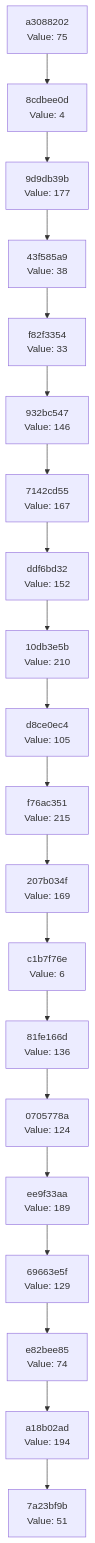
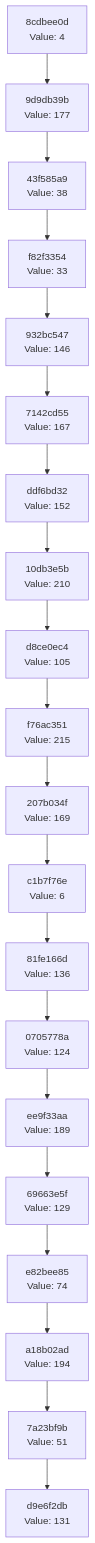
One commit to Abhisheksinha1506/hash-chain-evolver changed the diagram in docs/CHAIN_VISUALIZATION.md. Above: the diagram before and after it, drawn with Mermaid. The commit also changed 2 other files, not shown here.

Commit message:
Evolution Step

````diff
--- a/docs/CHAIN_VISUALIZATION.md
+++ b/docs/CHAIN_VISUALIZATION.md
@@ -3,42 +3,42 @@
 ```mermaid
 graph TD
-    C0["7a23bf9b<br/>Value: 51"]
-    C1["a18b02ad<br/>Value: 194"]
+    C0["d9e6f2db<br/>Value: 131"]
+    C1["7a23bf9b<br/>Value: 51"]
     C1 --> C0
-    C2["e82bee85<br/>Value: 74"]
+    C2["a18b02ad<br/>Value: 194"]
     C2 --> C1
-    C3["69663e5f<br/>Value: 129"]
+    C3["e82bee85<br/>Value: 74"]
     C3 --> C2
-    C4["ee9f33aa<br/>Value: 189"]
+    C4["69663e5f<br/>Value: 129"]
     C4 --> C3
-    C5["0705778a<br/>Value: 124"]
+    C5["ee9f33aa<br/>Value: 189"]
     C5 --> C4
-    C6["81fe166d<br/>Value: 136"]
+    C6["0705778a<br/>Value: 124"]
     C6 --> C5
-    C7["c1b7f76e<br/>Value: 6"]
+    C7["81fe166d<br/>Value: 136"]
     C7 --> C6
-    C8["207b034f<br/>Value: 169"]
+    C8["c1b7f76e<br/>Value: 6"]
     C8 --> C7
-    C9["f76ac351<br/>Value: 215"]
+    C9["207b034f<br/>Value: 169"]
     C9 --> C8
-    C10["d8ce0ec4<br/>Value: 105"]
+    C10["f76ac351<br/>Value: 215"]
     C10 --> C9
-    C11["10db3e5b<br/>Value: 210"]
+    C11["d8ce0ec4<br/>Value: 105"]
     C11 --> C10
-    C12["ddf6bd32<br/>Value: 152"]
+    C12["10db3e5b<br/>Value: 210"]
     C12 --> C11
-    C13["7142cd55<br/>Value: 167"]
+    C13["ddf6bd32<br/>Value: 152"]
     C13 --> C12
-    C14["932bc547<br/>Value: 146"]
+    C14["7142cd55<br/>Value: 167"]
     C14 --> C13
-    C15["f82f3354<br/>Value: 33"]
+    C15["932bc547<br/>Value: 146"]
     C15 --> C14
-    C16["43f585a9<br/>Value: 38"]
+    C16["f82f3354<br/>Value: 33"]
     C16 --> C15
-    C17["9d9db39b<br/>Value: 177"]
+    C17["43f585a9<br/>Value: 38"]
     C17 --> C16
-    C18["8cdbee0d<br/>Value: 4"]
+    C18["9d9db39b<br/>Value: 177"]
     C18 --> C17
-    C19["a3088202<br/>Value: 75"]
+    C19["8cdbee0d<br/>Value: 4"]
     C19 --> C18
 ```
````
